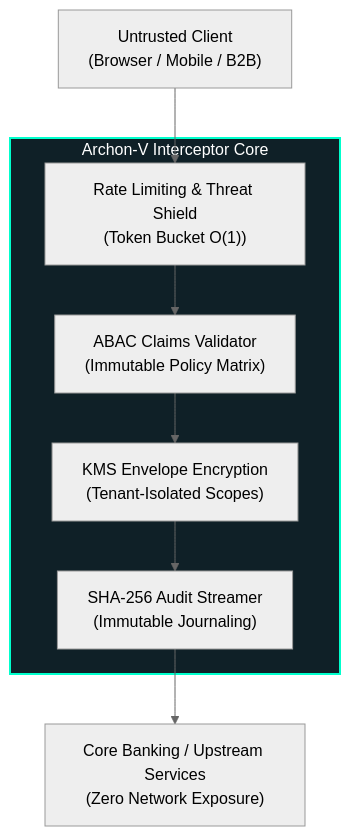
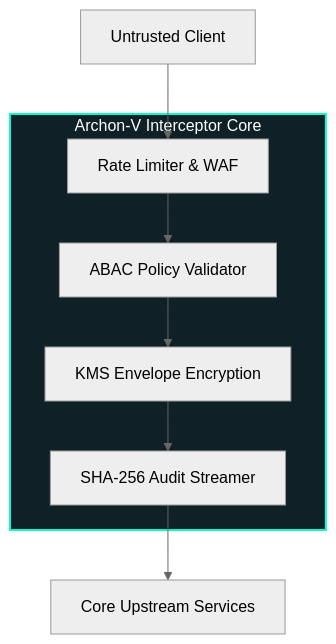
Before and after one commit to welzim19-star/archon-v: the diagram in README.md, drawn with Mermaid (neutral theme). The commit also changed 1 other file, not shown here.

Commit message:
fix(diagram): streamline Mermaid node labels to eliminate clipping

````diff
--- a/README.md
+++ b/README.md
@@ -24,23 +24,23 @@
 ```mermaid
 flowchart TD
-    Client["Untrusted Client<br/>(Browser / Mobile / B2B)"] 
+    Client["Untrusted Client"] 
     
     subgraph ARCHON_CORE["Archon-V Interceptor Core"]
-        WAF["Rate Limiting & Threat Shield<br/>(Token Bucket O(1))"]
-        ABAC["ABAC Claims Validator<br/>(Immutable Policy Matrix)"]
-        KMS["KMS Envelope Encryption<br/>(Tenant-Isolated Scopes)"]
-        Audit["SHA-256 Audit Streamer<br/>(Immutable Journaling)"]
+        WAF["Rate Limiter & WAF"]
+        ABAC["ABAC Policy Validator"]
+        KMS["KMS Envelope Encryption"]
+        Audit["SHA-256 Audit Streamer"]
         
         WAF --> ABAC
         ABAC --> KMS
         KMS --> Audit
     end
     
-    Upstream["Core Banking / Upstream Services<br/>(Zero Network Exposure)"]
+    Upstream["Core Upstream Services"]
 
     Client --> WAF
     Audit --> Upstream
     
     classDef secure fill:#0f2027,stroke:#00ffcc,stroke-width:2px,color:#fff;
     class ARCHON_CORE secure;
 ```
````
